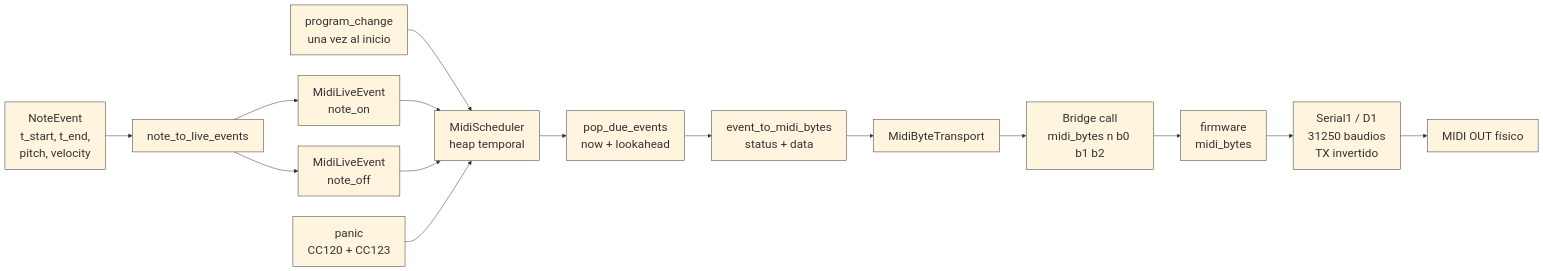
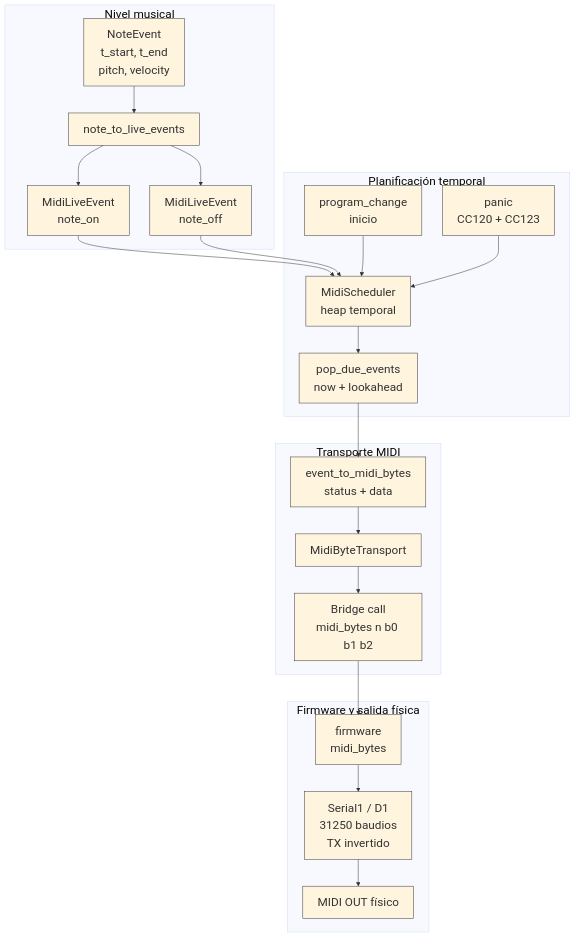
The diagram in TFG_EEG_MIDI/images/uml/impl_midi_eventos_bytes.mmd (valtorresm97/REDACCION-TFG), drawn with Mermaid before and after one commit.

Commit message:
Make MIDI bytes diagram more legible

```diff
--- a/TFG_EEG_MIDI/images/uml/impl_midi_eventos_bytes.mmd
+++ b/TFG_EEG_MIDI/images/uml/impl_midi_eventos_bytes.mmd
@@ -1,17 +1,42 @@
 %%{init: {"theme": "base", "themeVariables": {"fontSize": "24px", "fontFamily": "Arial", "primaryBorderColor": "#333333", "lineColor": "#333333"}, "flowchart": {"htmlLabels": true, "nodeSpacing": 42, "rankSpacing": 55, "curve": "basis"}}}%%
-flowchart LR
-  notes["NoteEvent<br/>t_start, t_end,<br/>pitch, velocity"] --> live["note_to_live_events"]
-  live --> noteOn["MidiLiveEvent<br/>note_on"]
-  live --> noteOff["MidiLiveEvent<br/>note_off"]
-  program["program_change<br/>una vez al inicio"] --> schedulerHeap["MidiScheduler<br/>heap temporal"]
+flowchart TB
+  subgraph musical["Nivel musical"]
+    notes["NoteEvent<br/>t_start, t_end<br/>pitch, velocity"]
+    live["note_to_live_events"]
+    noteOn["MidiLiveEvent<br/>note_on"]
+    noteOff["MidiLiveEvent<br/>note_off"]
+  end
+
+  subgraph scheduler["Planificación temporal"]
+    program["program_change<br/>inicio"]
+    panic["panic<br/>CC120 + CC123"]
+    schedulerHeap["MidiScheduler<br/>heap temporal"]
+    dueEvents["pop_due_events<br/>now + lookahead"]
+  end
+
+  subgraph transportLayer["Transporte MIDI"]
+    midiBytes["event_to_midi_bytes<br/>status + data"]
+    transport["MidiByteTransport"]
+    bridgeCall["Bridge call<br/>midi_bytes n b0 b1 b2"]
+  end
+
+  subgraph firmware["Firmware y salida física"]
+    firmwareHandler["firmware<br/>midi_bytes"]
+    uartOut["Serial1 / D1<br/>31250 baudios<br/>TX invertido"]
+    physicalOut["MIDI OUT físico"]
+  end
+
+  notes --> live
+  live --> noteOn
+  live --> noteOff
   noteOn --> schedulerHeap
   noteOff --> schedulerHeap
-  schedulerHeap --> dueEvents["pop_due_events<br/>now + lookahead"]
-  dueEvents --> midiBytes["event_to_midi_bytes<br/>status + data"]
-  midiBytes --> transport["MidiByteTransport"]
-  transport --> bridgeCall["Bridge call<br/>midi_bytes n b0 b1 b2"]
-  bridgeCall --> firmwareHandler["firmware<br/>midi_bytes"]
-  firmwareHandler --> uartOut["Serial1 / D1<br/>31250 baudios<br/>TX invertido"]
-  uartOut --> physicalOut["MIDI OUT físico"]
-
-  panic["panic<br/>CC120 + CC123"] --> schedulerHeap
+  program --> schedulerHeap
+  panic --> schedulerHeap
+  schedulerHeap --> dueEvents
+  dueEvents --> midiBytes
+  midiBytes --> transport
+  transport --> bridgeCall
+  bridgeCall --> firmwareHandler
+  firmwareHandler --> uartOut
+  uartOut --> physicalOut
```
